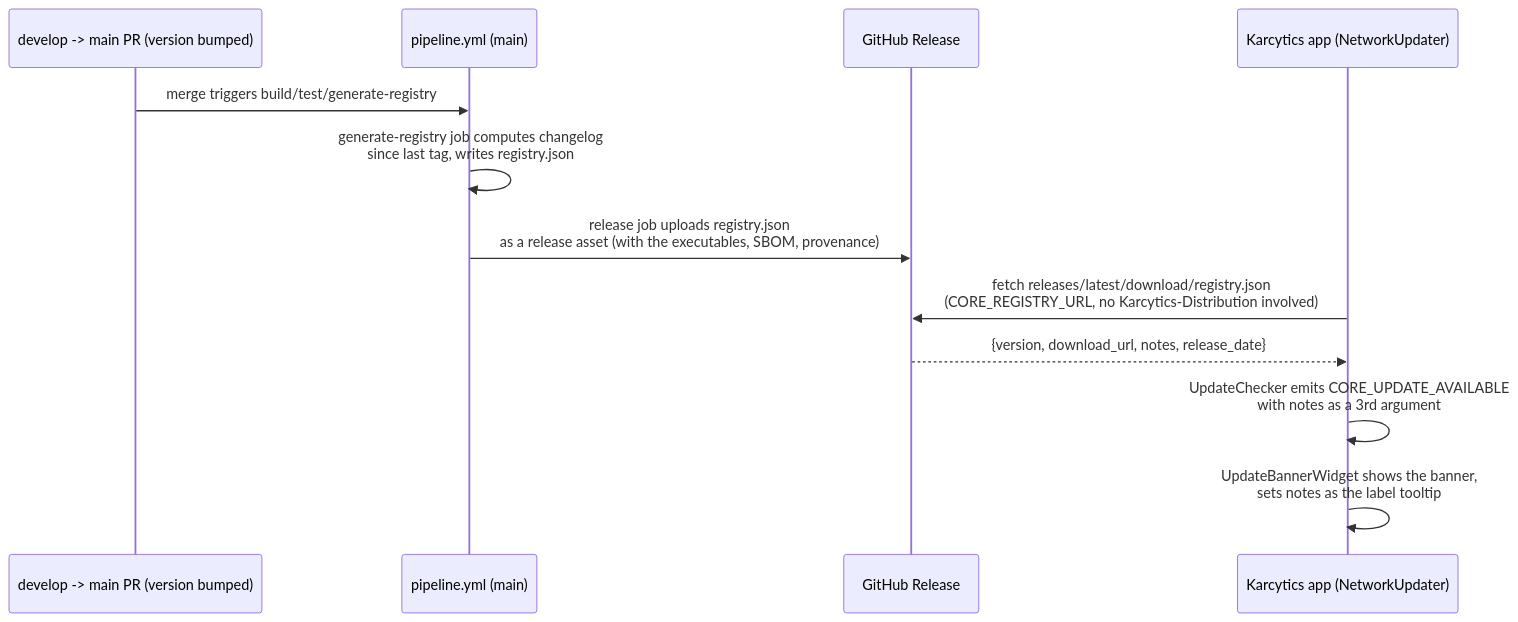
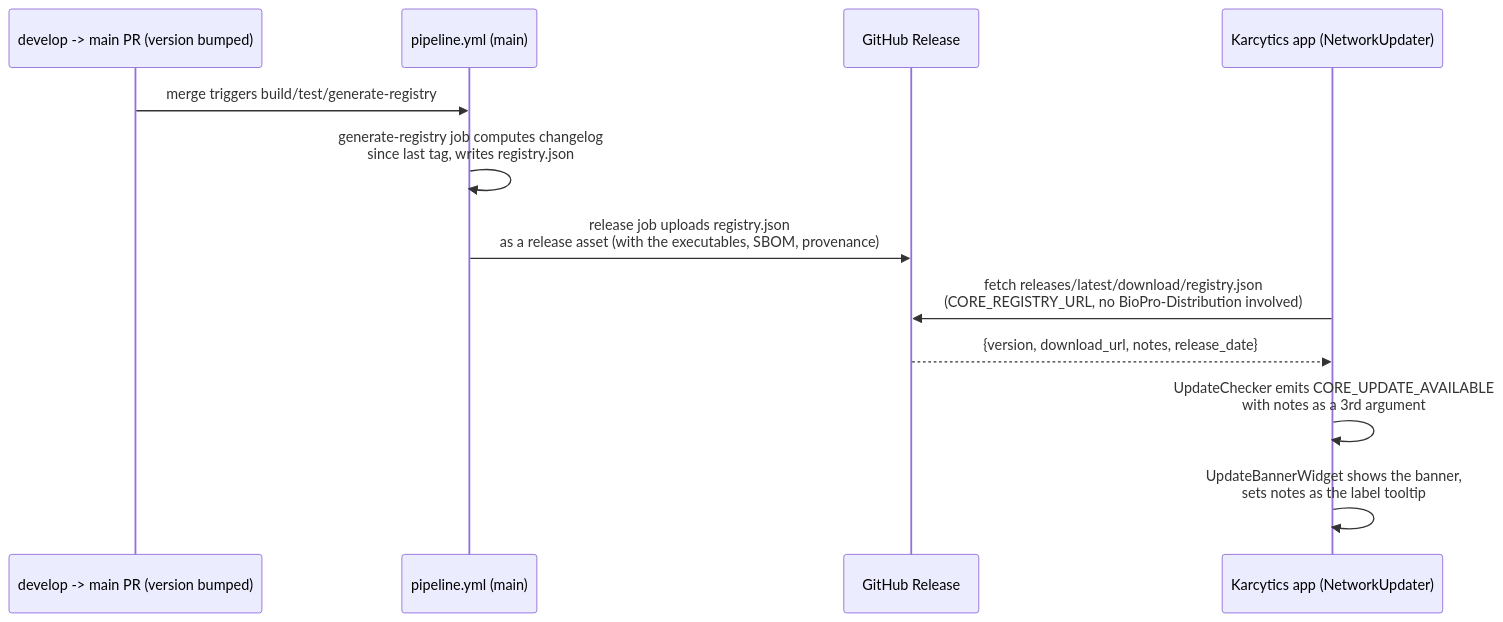
The second of 2 diagrams in docs/internal/23_Git_Branching_Engine.md (KalaimaranB/BioPro), drawn with Mermaid before and after one commit. The commit also changed other lines of this file and 101 other files, not shown here.

````diff
--- a/docs/internal/23_Git_Branching_Engine.md
+++ b/docs/internal/23_Git_Branching_Engine.md
@@ -73,15 +73,15 @@
 ```mermaid
 sequenceDiagram
     participant Dev as develop -> main PR (version bumped)
     participant CI as pipeline.yml (main)
     participant Rel as GitHub Release
     participant App as Karcytics app (NetworkUpdater)
 
     Dev->>CI: merge triggers build/test/generate-registry
     CI->>CI: generate-registry job computes changelog<br/>since last tag, writes registry.json
     CI->>Rel: release job uploads registry.json<br/>as a release asset (with the executables, SBOM, provenance)
-    App->>Rel: fetch releases/latest/download/registry.json<br/>(CORE_REGISTRY_URL, no Karcytics-Distribution involved)
+    App->>Rel: fetch releases/latest/download/registry.json<br/>(CORE_REGISTRY_URL, no BioPro-Distribution involved)
     Rel-->>App: {version, download_url, notes, release_date}
     App->>App: UpdateChecker emits CORE_UPDATE_AVAILABLE<br/>with notes as a 3rd argument
     App->>App: UpdateBannerWidget shows the banner,<br/>sets notes as the label tooltip
 ```
````
